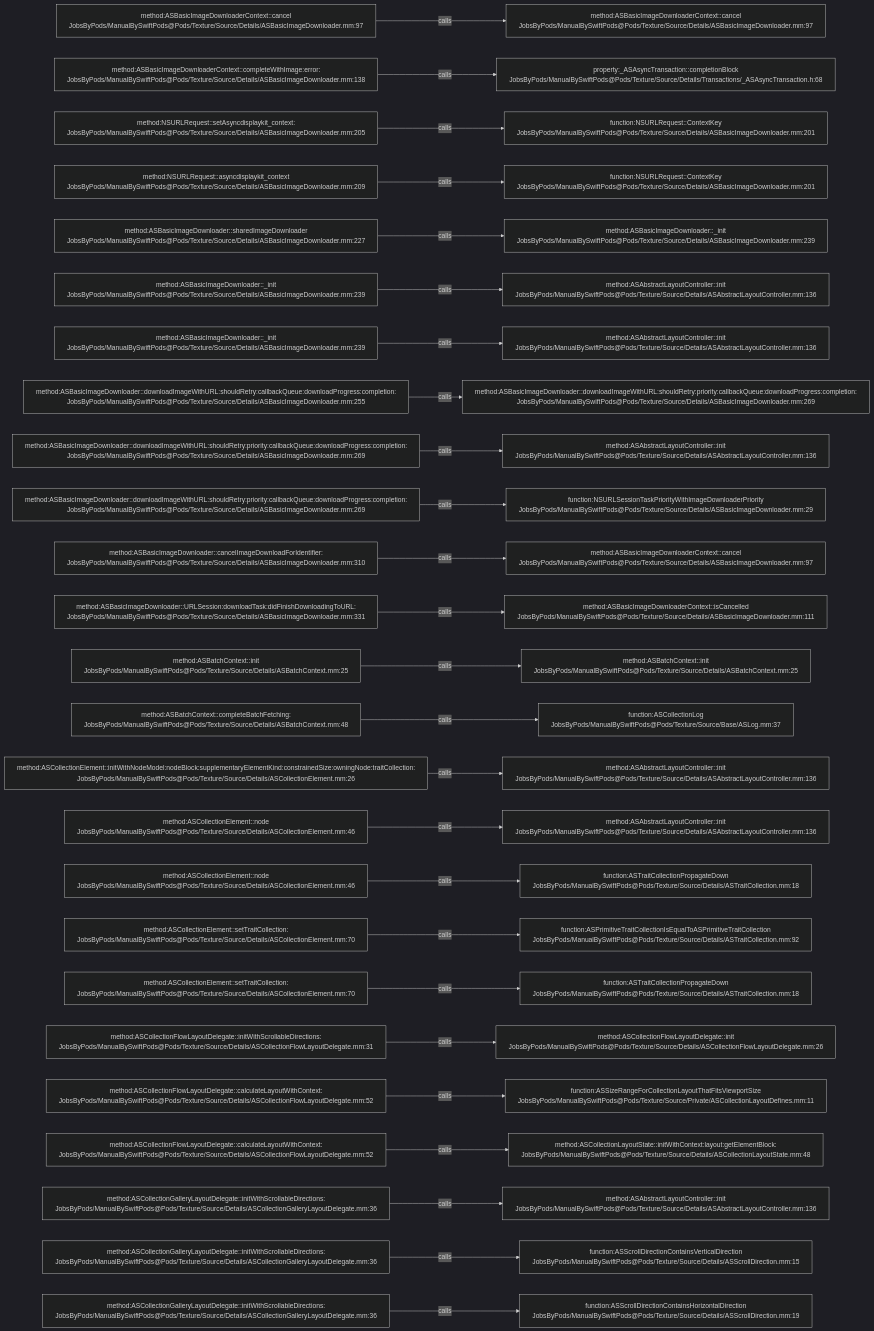
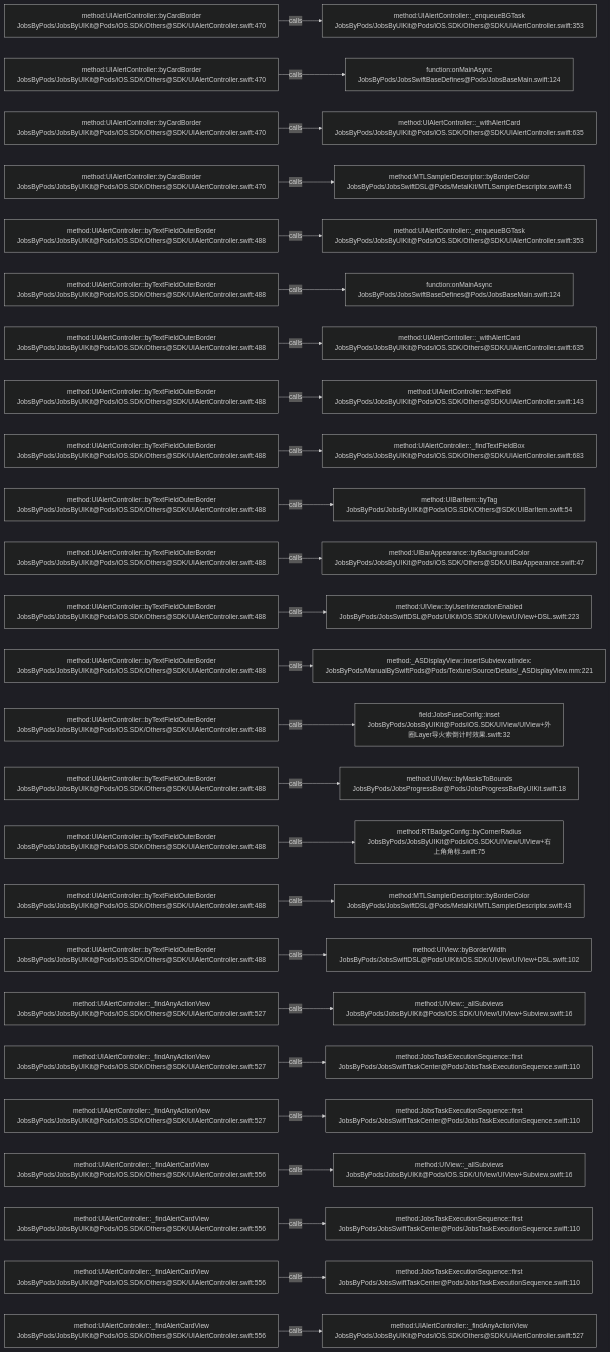
Before and after one commit to JobsKits/JobsSwiftBaseConfigDemo: the diagram in .codegraph/codegraph.md/graphs/calls-082.md, drawn with Mermaid (dark theme). The commit also changed 224 other files, not shown here.

````diff
--- a/.codegraph/codegraph.md/graphs/calls-082.md
+++ b/.codegraph/codegraph.md/graphs/calls-082.md
@@ -13,78 +13,78 @@
 ```mermaid
 flowchart LR
-  S1["method:ASBasicImageDownloaderContext::cancel<br/>JobsByPods/ManualBySwiftPods@Pods/Texture/Source/Details/ASBasicImageDownloader.mm:97"]
-  T1["method:ASBasicImageDownloaderContext::cancel<br/>JobsByPods/ManualBySwiftPods@Pods/Texture/Source/Details/ASBasicImageDownloader.mm:97"]
+  S1["method:UIAlertController::byCardBorder<br/>JobsByPods/JobsByUIKit@Pods/iOS.SDK/Others@SDK/UIAlertController.swift:470"]
+  T1["method:UIAlertController::_enqueueBGTask<br/>JobsByPods/JobsByUIKit@Pods/iOS.SDK/Others@SDK/UIAlertController.swift:353"]
   S1 -->|calls| T1
-  S2["method:ASBasicImageDownloaderContext::completeWithImage:error:<br/>JobsByPods/ManualBySwiftPods@Pods/Texture/Source/Details/ASBasicImageDownloader.mm:138"]
-  T2["property:_ASAsyncTransaction::completionBlock<br/>JobsByPods/ManualBySwiftPods@Pods/Texture/Source/Details/Transactions/_ASAsyncTransaction.h:68"]
+  S2["method:UIAlertController::byCardBorder<br/>JobsByPods/JobsByUIKit@Pods/iOS.SDK/Others@SDK/UIAlertController.swift:470"]
+  T2["function:onMainAsync<br/>JobsByPods/JobsSwiftBaseDefines@Pods/JobsBaseMain.swift:124"]
   S2 -->|calls| T2
-  S3["method:NSURLRequest::setAsyncdisplaykit_context:<br/>JobsByPods/ManualBySwiftPods@Pods/Texture/Source/Details/ASBasicImageDownloader.mm:205"]
-  T3["function:NSURLRequest::ContextKey<br/>JobsByPods/ManualBySwiftPods@Pods/Texture/Source/Details/ASBasicImageDownloader.mm:201"]
+  S3["method:UIAlertController::byCardBorder<br/>JobsByPods/JobsByUIKit@Pods/iOS.SDK/Others@SDK/UIAlertController.swift:470"]
+  T3["method:UIAlertController::_withAlertCard<br/>JobsByPods/JobsByUIKit@Pods/iOS.SDK/Others@SDK/UIAlertController.swift:635"]
   S3 -->|calls| T3
-  S4["method:NSURLRequest::asyncdisplaykit_context<br/>JobsByPods/ManualBySwiftPods@Pods/Texture/Source/Details/ASBasicImageDownloader.mm:209"]
-  T4["function:NSURLRequest::ContextKey<br/>JobsByPods/ManualBySwiftPods@Pods/Texture/Source/Details/ASBasicImageDownloader.mm:201"]
+  S4["method:UIAlertController::byCardBorder<br/>JobsByPods/JobsByUIKit@Pods/iOS.SDK/Others@SDK/UIAlertController.swift:470"]
+  T4["method:MTLSamplerDescriptor::byBorderColor<br/>JobsByPods/JobsSwiftDSL@Pods/MetalKit/MTLSamplerDescriptor.swift:43"]
   S4 -->|calls| T4
-  S5["method:ASBasicImageDownloader::sharedImageDownloader<br/>JobsByPods/ManualBySwiftPods@Pods/Texture/Source/Details/ASBasicImageDownloader.mm:227"]
-  T5["method:ASBasicImageDownloader::_init<br/>JobsByPods/ManualBySwiftPods@Pods/Texture/Source/Details/ASBasicImageDownloader.mm:239"]
+  S5["method:UIAlertController::byTextFieldOuterBorder<br/>JobsByPods/JobsByUIKit@Pods/iOS.SDK/Others@SDK/UIAlertController.swift:488"]
+  T5["method:UIAlertController::_enqueueBGTask<br/>JobsByPods/JobsByUIKit@Pods/iOS.SDK/Others@SDK/UIAlertController.swift:353"]
   S5 -->|calls| T5
-  S6["method:ASBasicImageDownloader::_init<br/>JobsByPods/ManualBySwiftPods@Pods/Texture/Source/Details/ASBasicImageDownloader.mm:239"]
-  T6["method:ASAbstractLayoutController::init<br/>JobsByPods/ManualBySwiftPods@Pods/Texture/Source/Details/ASAbstractLayoutController.mm:136"]
+  S6["method:UIAlertController::byTextFieldOuterBorder<br/>JobsByPods/JobsByUIKit@Pods/iOS.SDK/Others@SDK/UIAlertController.swift:488"]
+  T6["function:onMainAsync<br/>JobsByPods/JobsSwiftBaseDefines@Pods/JobsBaseMain.swift:124"]
   S6 -->|calls| T6
-  S7["method:ASBasicImageDownloader::_init<br/>JobsByPods/ManualBySwiftPods@Pods/Texture/Source/Details/ASBasicImageDownloader.mm:239"]
-  T7["method:ASAbstractLayoutController::init<br/>JobsByPods/ManualBySwiftPods@Pods/Texture/Source/Details/ASAbstractLayoutController.mm:136"]
+  S7["method:UIAlertController::byTextFieldOuterBorder<br/>JobsByPods/JobsByUIKit@Pods/iOS.SDK/Others@SDK/UIAlertController.swift:488"]
+  T7["method:UIAlertController::_withAlertCard<br/>JobsByPods/JobsByUIKit@Pods/iOS.SDK/Others@SDK/UIAlertController.swift:635"]
   S7 -->|calls| T7
-  S8["method:ASBasicImageDownloader::downloadImageWithURL:shouldRetry:callbackQueue:downloadProgress:completion:<br/>JobsByPods/ManualBySwiftPods@Pods/Texture/Source/Details/ASBasicImageDownloader.mm:255"]
-  T8["method:ASBasicImageDownloader::downloadImageWithURL:shouldRetry:priority:callbackQueue:downloadProgress:completion:<br/>JobsByPods/ManualBySwiftPods@Pods/Texture/Source/Details/ASBasicImageDownloader.mm:269"]
+  S8["method:UIAlertController::byTextFieldOuterBorder<br/>JobsByPods/JobsByUIKit@Pods/iOS.SDK/Others@SDK/UIAlertController.swift:488"]
+  T8["method:UIAlertController::textField<br/>JobsByPods/JobsByUIKit@Pods/iOS.SDK/Others@SDK/UIAlertController.swift:143"]
   S8 -->|calls| T8
-  S9["method:ASBasicImageDownloader::downloadImageWithURL:shouldRetry:priority:callbackQueue:downloadProgress:completion:<br/>JobsByPods/ManualBySwiftPods@Pods/Texture/Source/Details/ASBasicImageDownloader.mm:269"]
-  T9["method:ASAbstractLayoutController::init<br/>JobsByPods/ManualBySwiftPods@Pods/Texture/Source/Details/ASAbstractLayoutController.mm:136"]
+  S9["method:UIAlertController::byTextFieldOuterBorder<br/>JobsByPods/JobsByUIKit@Pods/iOS.SDK/Others@SDK/UIAlertController.swift:488"]
+  T9["method:UIAlertController::_findTextFieldBox<br/>JobsByPods/JobsByUIKit@Pods/iOS.SDK/Others@SDK/UIAlertController.swift:683"]
   S9 -->|calls| T9
-  S10["method:ASBasicImageDownloader::downloadImageWithURL:shouldRetry:priority:callbackQueue:downloadProgress:completion:<br/>JobsByPods/ManualBySwiftPods@Pods/Texture/Source/Details/ASBasicImageDownloader.mm:269"]
-  T10["function:NSURLSessionTaskPriorityWithImageDownloaderPriority<br/>JobsByPods/ManualBySwiftPods@Pods/Texture/Source/Details/ASBasicImageDownloader.mm:29"]
+  S10["method:UIAlertController::byTextFieldOuterBorder<br/>JobsByPods/JobsByUIKit@Pods/iOS.SDK/Others@SDK/UIAlertController.swift:488"]
+  T10["method:UIBarItem::byTag<br/>JobsByPods/JobsByUIKit@Pods/iOS.SDK/Others@SDK/UIBarItem.swift:54"]
   S10 -->|calls| T10
-  S11["method:ASBasicImageDownloader::cancelImageDownloadForIdentifier:<br/>JobsByPods/ManualBySwiftPods@Pods/Texture/Source/Details/ASBasicImageDownloader.mm:310"]
-  T11["method:ASBasicImageDownloaderContext::cancel<br/>JobsByPods/ManualBySwiftPods@Pods/Texture/Source/Details/ASBasicImageDownloader.mm:97"]
+  S11["method:UIAlertController::byTextFieldOuterBorder<br/>JobsByPods/JobsByUIKit@Pods/iOS.SDK/Others@SDK/UIAlertController.swift:488"]
+  T11["method:UIBarAppearance::byBackgroundColor<br/>JobsByPods/JobsByUIKit@Pods/iOS.SDK/Others@SDK/UIBarAppearance.swift:47"]
   S11 -->|calls| T11
-  S12["method:ASBasicImageDownloader::URLSession:downloadTask:didFinishDownloadingToURL:<br/>JobsByPods/ManualBySwiftPods@Pods/Texture/Source/Details/ASBasicImageDownloader.mm:331"]
-  T12["method:ASBasicImageDownloaderContext::isCancelled<br/>JobsByPods/ManualBySwiftPods@Pods/Texture/Source/Details/ASBasicImageDownloader.mm:111"]
+  S12["method:UIAlertController::byTextFieldOuterBorder<br/>JobsByPods/JobsByUIKit@Pods/iOS.SDK/Others@SDK/UIAlertController.swift:488"]
+  T12["method:UIView::byUserInteractionEnabled<br/>JobsByPods/JobsSwiftDSL@Pods/UIKit/iOS.SDK/UIView/UIView+DSL.swift:223"]
   S12 -->|calls| T12
-  S13["method:ASBatchContext::init<br/>JobsByPods/ManualBySwiftPods@Pods/Texture/Source/Details/ASBatchContext.mm:25"]
-  T13["method:ASBatchContext::init<br/>JobsByPods/ManualBySwiftPods@Pods/Texture/Source/Details/ASBatchContext.mm:25"]
+  S13["method:UIAlertController::byTextFieldOuterBorder<br/>JobsByPods/JobsByUIKit@Pods/iOS.SDK/Others@SDK/UIAlertController.swift:488"]
+  T13["method:_ASDisplayView::insertSubview:atIndex:<br/>JobsByPods/ManualBySwiftPods@Pods/Texture/Source/Details/_ASDisplayView.mm:221"]
   S13 -->|calls| T13
-  S14["method:ASBatchContext::completeBatchFetching:<br/>JobsByPods/ManualBySwiftPods@Pods/Texture/Source/Details/ASBatchContext.mm:48"]
-  T14["function:ASCollectionLog<br/>JobsByPods/ManualBySwiftPods@Pods/Texture/Source/Base/ASLog.mm:37"]
+  S14["method:UIAlertController::byTextFieldOuterBorder<br/>JobsByPods/JobsByUIKit@Pods/iOS.SDK/Others@SDK/UIAlertController.swift:488"]
+  T14["field:JobsFuseConfig::inset<br/>JobsByPods/JobsByUIKit@Pods/iOS.SDK/UIView/UIView+外圈Layer导火索倒计时效果.swift:32"]
   S14 -->|calls| T14
-  S15["method:ASCollectionElement::initWithNodeModel:nodeBlock:supplementaryElementKind:constrainedSize:owningNode:traitCollection:<br/>JobsByPods/ManualBySwiftPods@Pods/Texture/Source/Details/ASCollectionElement.mm:26"]
-  T15["method:ASAbstractLayoutController::init<br/>JobsByPods/ManualBySwiftPods@Pods/Texture/Source/Details/ASAbstractLayoutController.mm:136"]
+  S15["method:UIAlertController::byTextFieldOuterBorder<br/>JobsByPods/JobsByUIKit@Pods/iOS.SDK/Others@SDK/UIAlertController.swift:488"]
+  T15["method:UIView::byMasksToBounds<br/>JobsByPods/JobsProgressBar@Pods/JobsProgressBarByUIKit.swift:18"]
   S15 -->|calls| T15
-  S16["method:ASCollectionElement::node<br/>JobsByPods/ManualBySwiftPods@Pods/Texture/Source/Details/ASCollectionElement.mm:46"]
-  T16["method:ASAbstractLayoutController::init<br/>JobsByPods/ManualBySwiftPods@Pods/Texture/Source/Details/ASAbstractLayoutController.mm:136"]
+  S16["method:UIAlertController::byTextFieldOuterBorder<br/>JobsByPods/JobsByUIKit@Pods/iOS.SDK/Others@SDK/UIAlertController.swift:488"]
+  T16["method:RTBadgeConfig::byCornerRadius<br/>JobsByPods/JobsByUIKit@Pods/iOS.SDK/UIView/UIView+右上角角标.swift:75"]
   S16 -->|calls| T16
-  S17["method:ASCollectionElement::node<br/>JobsByPods/ManualBySwiftPods@Pods/Texture/Source/Details/ASCollectionElement.mm:46"]
-  T17["function:ASTraitCollectionPropagateDown<br/>JobsByPods/ManualBySwiftPods@Pods/Texture/Source/Details/ASTraitCollection.mm:18"]
+  S17["method:UIAlertController::byTextFieldOuterBorder<br/>JobsByPods/JobsByUIKit@Pods/iOS.SDK/Others@SDK/UIAlertController.swift:488"]
+  T17["method:MTLSamplerDescriptor::byBorderColor<br/>JobsByPods/JobsSwiftDSL@Pods/MetalKit/MTLSamplerDescriptor.swift:43"]
   S17 -->|calls| T17
-  S18["method:ASCollectionElement::setTraitCollection:<br/>JobsByPods/ManualBySwiftPods@Pods/Texture/Source/Details/ASCollectionElement.mm:70"]
-  T18["function:ASPrimitiveTraitCollectionIsEqualToASPrimitiveTraitCollection<br/>JobsByPods/ManualBySwiftPods@Pods/Texture/Source/Details/ASTraitCollection.mm:92"]
+  S18["method:UIAlertController::byTextFieldOuterBorder<br/>JobsByPods/JobsByUIKit@Pods/iOS.SDK/Others@SDK/UIAlertController.swift:488"]
+  T18["method:UIView::byBorderWidth<br/>JobsByPods/JobsSwiftDSL@Pods/UIKit/iOS.SDK/UIView/UIView+DSL.swift:102"]
   S18 -->|calls| T18
-  S19["method:ASCollectionElement::setTraitCollection:<br/>JobsByPods/ManualBySwiftPods@Pods/Texture/Source/Details/ASCollectionElement.mm:70"]
-  T19["function:ASTraitCollectionPropagateDown<br/>JobsByPods/ManualBySwiftPods@Pods/Texture/Source/Details/ASTraitCollection.mm:18"]
+  S19["method:UIAlertController::_findAnyActionView<br/>JobsByPods/JobsByUIKit@Pods/iOS.SDK/Others@SDK/UIAlertController.swift:527"]
+  T19["method:UIView::_allSubviews<br/>JobsByPods/JobsByUIKit@Pods/iOS.SDK/UIView/UIView+Subview.swift:16"]
   S19 -->|calls| T19
-  S20["method:ASCollectionFlowLayoutDelegate::initWithScrollableDirections:<br/>JobsByPods/ManualBySwiftPods@Pods/Texture/Source/Details/ASCollectionFlowLayoutDelegate.mm:31"]
-  T20["method:ASCollectionFlowLayoutDelegate::init<br/>JobsByPods/ManualBySwiftPods@Pods/Texture/Source/Details/ASCollectionFlowLayoutDelegate.mm:26"]
+  S20["method:UIAlertController::_findAnyActionView<br/>JobsByPods/JobsByUIKit@Pods/iOS.SDK/Others@SDK/UIAlertController.swift:527"]
+  T20["method:JobsTaskExecutionSequence::first<br/>JobsByPods/JobsSwiftTaskCenter@Pods/JobsTaskExecutionSequence.swift:110"]
   S20 -->|calls| T20
-  S21["method:ASCollectionFlowLayoutDelegate::calculateLayoutWithContext:<br/>JobsByPods/ManualBySwiftPods@Pods/Texture/Source/Details/ASCollectionFlowLayoutDelegate.mm:52"]
-  T21["function:ASSizeRangeForCollectionLayoutThatFitsViewportSize<br/>JobsByPods/ManualBySwiftPods@Pods/Texture/Source/Private/ASCollectionLayoutDefines.mm:11"]
+  S21["method:UIAlertController::_findAnyActionView<br/>JobsByPods/JobsByUIKit@Pods/iOS.SDK/Others@SDK/UIAlertController.swift:527"]
+  T21["method:JobsTaskExecutionSequence::first<br/>JobsByPods/JobsSwiftTaskCenter@Pods/JobsTaskExecutionSequence.swift:110"]
   S21 -->|calls| T21
-  S22["method:ASCollectionFlowLayoutDelegate::calculateLayoutWithContext:<br/>JobsByPods/ManualBySwiftPods@Pods/Texture/Source/Details/ASCollectionFlowLayoutDelegate.mm:52"]
-  T22["method:ASCollectionLayoutState::initWithContext:layout:getElementBlock:<br/>JobsByPods/ManualBySwiftPods@Pods/Texture/Source/Details/ASCollectionLayoutState.mm:48"]
+  S22["method:UIAlertController::_findAlertCardView<br/>JobsByPods/JobsByUIKit@Pods/iOS.SDK/Others@SDK/UIAlertController.swift:556"]
+  T22["method:UIView::_allSubviews<br/>JobsByPods/JobsByUIKit@Pods/iOS.SDK/UIView/UIView+Subview.swift:16"]
   S22 -->|calls| T22
-  S23["method:ASCollectionGalleryLayoutDelegate::initWithScrollableDirections:<br/>JobsByPods/ManualBySwiftPods@Pods/Texture/Source/Details/ASCollectionGalleryLayoutDelegate.mm:36"]
-  T23["method:ASAbstractLayoutController::init<br/>JobsByPods/ManualBySwiftPods@Pods/Texture/Source/Details/ASAbstractLayoutController.mm:136"]
+  S23["method:UIAlertController::_findAlertCardView<br/>JobsByPods/JobsByUIKit@Pods/iOS.SDK/Others@SDK/UIAlertController.swift:556"]
+  T23["method:JobsTaskExecutionSequence::first<br/>JobsByPods/JobsSwiftTaskCenter@Pods/JobsTaskExecutionSequence.swift:110"]
   S23 -->|calls| T23
-  S24["method:ASCollectionGalleryLayoutDelegate::initWithScrollableDirections:<br/>JobsByPods/ManualBySwiftPods@Pods/Texture/Source/Details/ASCollectionGalleryLayoutDelegate.mm:36"]
-  T24["function:ASScrollDirectionContainsVerticalDirection<br/>JobsByPods/ManualBySwiftPods@Pods/Texture/Source/Details/ASScrollDirection.mm:15"]
+  S24["method:UIAlertController::_findAlertCardView<br/>JobsByPods/JobsByUIKit@Pods/iOS.SDK/Others@SDK/UIAlertController.swift:556"]
+  T24["method:JobsTaskExecutionSequence::first<br/>JobsByPods/JobsSwiftTaskCenter@Pods/JobsTaskExecutionSequence.swift:110"]
   S24 -->|calls| T24
-  S25["method:ASCollectionGalleryLayoutDelegate::initWithScrollableDirections:<br/>JobsByPods/ManualBySwiftPods@Pods/Texture/Source/Details/ASCollectionGalleryLayoutDelegate.mm:36"]
-  T25["function:ASScrollDirectionContainsHorizontalDirection<br/>JobsByPods/ManualBySwiftPods@Pods/Texture/Source/Details/ASScrollDirection.mm:19"]
+  S25["method:UIAlertController::_findAlertCardView<br/>JobsByPods/JobsByUIKit@Pods/iOS.SDK/Others@SDK/UIAlertController.swift:556"]
+  T25["method:UIAlertController::_findAnyActionView<br/>JobsByPods/JobsByUIKit@Pods/iOS.SDK/Others@SDK/UIAlertController.swift:527"]
   S25 -->|calls| T25
 ```
````
